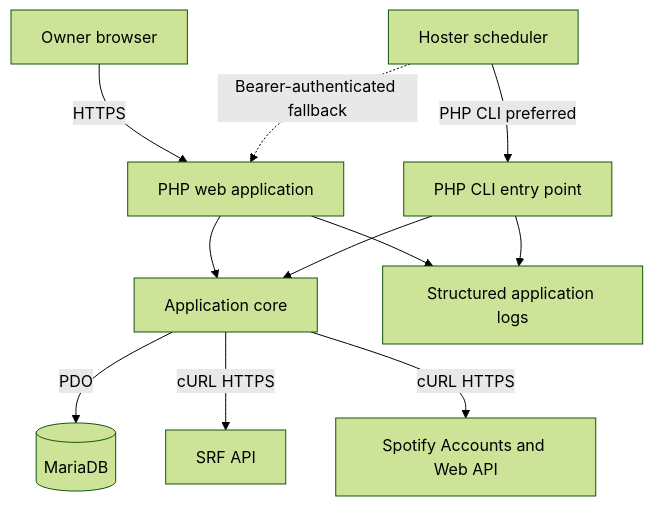
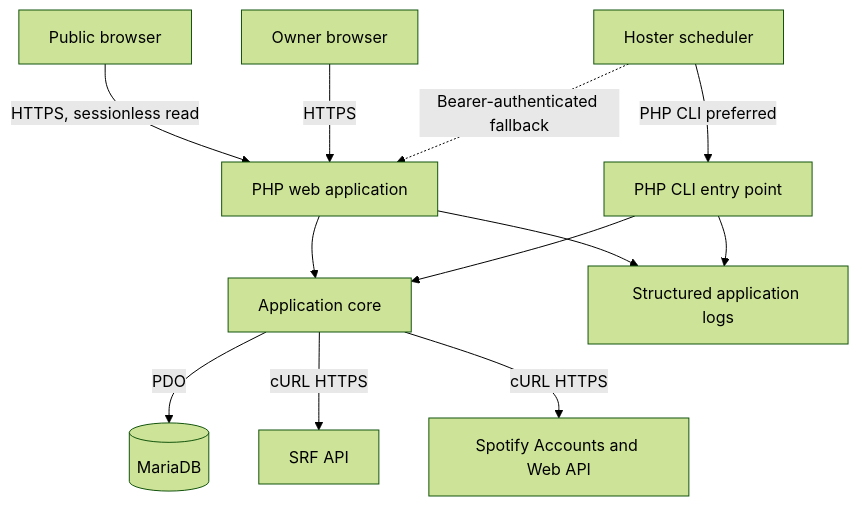
Before and after one commit to surech/srf3tospotify: the second of 3 diagrams in _docs/architecture/02-c4-views.md, drawn with Mermaid (forest theme). The commit also changed other lines of this file and 48 other files, not shown here.

````diff
--- a/_docs/architecture/02-c4-views.md
+++ b/_docs/architecture/02-c4-views.md
@@ -15,13 +16,14 @@
 ```mermaid
 flowchart TB
+    Visitor[Public browser] -->|HTTPS, sessionless read| Web[PHP web application]
     Owner[Owner browser] -->|HTTPS| Web[PHP web application]
     Scheduler[Hoster scheduler] -->|PHP CLI preferred| CLI[PHP CLI entry point]
     Scheduler -.->|Bearer-authenticated fallback| Web
     Web --> Core[Application core]
     CLI --> Core
     Core -->|PDO| DB[(MariaDB)]
     Core -->|cURL HTTPS| SRF[SRF API]
     Core -->|cURL HTTPS| Spotify[Spotify Accounts and Web API]
     Web --> Logs[Structured application logs]
     CLI --> Logs
 ```
````
